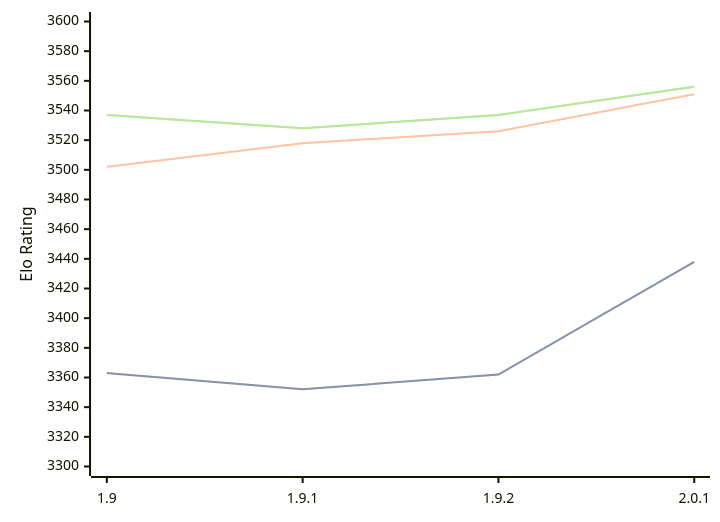
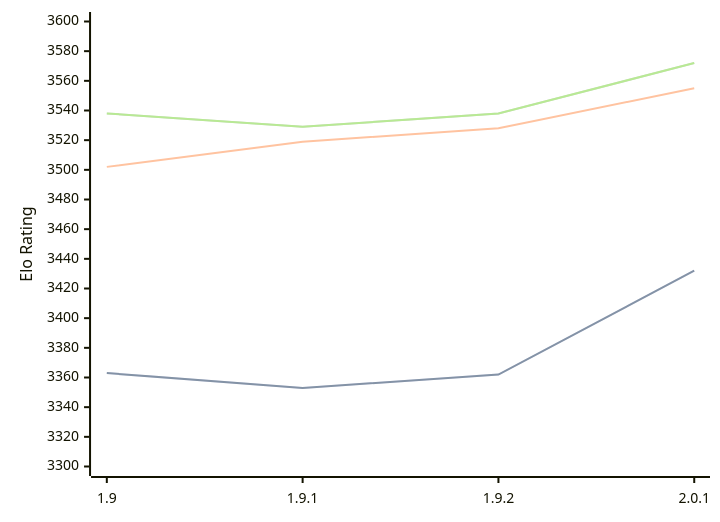
Before and after one commit to computer-chess-index/cci: the third of 3 diagrams in engines/Pawnocchio.md, drawn with Mermaid. The commit also changed other lines of this file, not shown here.

Commit message:
Update CCI Ratings (ELO VLTC) - 2026-07-02

````diff
--- a/engines/Pawnocchio.md
+++ b/engines/Pawnocchio.md
@@ -83,11 +83,11 @@
 ```mermaid
 %%{init: {"theme":"base","themeVariables":{"seriesColors:['#a3a3a3','#222221','#faa371']}}}%%
 xychart-beta
   x-axis ["1.9", "1.9.1", "1.9.2", "2.0.1"]
   y-axis "Elo Rating" 3300 --> 3600
-  line "STC (8.0+0.08s)" [3363, 3352, 3362, 3438]
-  line "STC (8.0+0.08s)" [3363, 3352, 3362, 3438]
-  line "LTC (60.0+0.60s)" [3502, 3518, 3526, 3551]
-  line "VLTC (2m24s+1.12s)" [3537, 3528, 3537, 3556]
-  line "VLTC (2m24s+1.12s)" [3537, 3528, 3537, 3556]
+  line "STC (8.0+0.08s)" [3363, 3353, 3362, 3432]
+  line "STC (8.0+0.08s)" [3363, 3353, 3362, 3432]
+  line "LTC (60.0+0.60s)" [3502, 3519, 3528, 3555]
+  line "VLTC (2m24s+1.12s)" [3538, 3529, 3538, 3572]
+  line "VLTC (2m24s+1.12s)" [3538, 3529, 3538, 3572]
 ```
````
